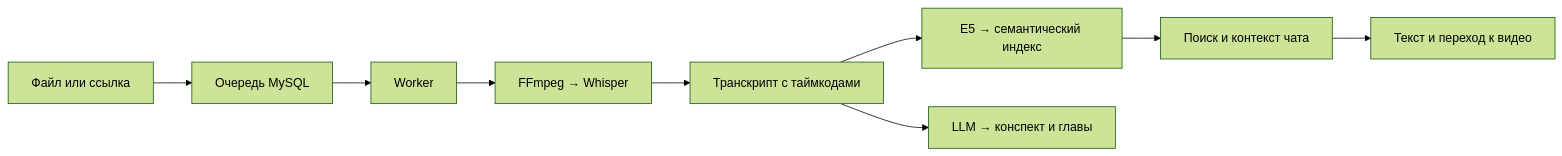
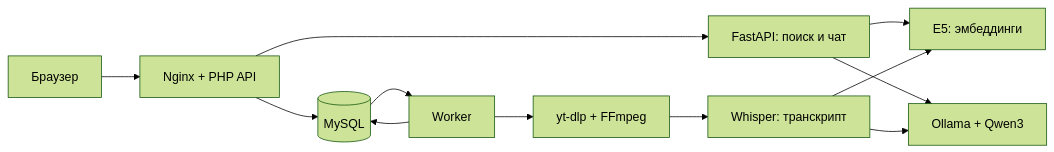
Before and after one commit to NightWolfXCore/deepLecture: the diagram in README.md, drawn with Mermaid (forest theme). The commit also changed other lines of this file and 38 other files, not shown here.

````diff
--- a/README.md
+++ b/README.md
@@ -53,11 +310,14 @@
 ```mermaid
 flowchart LR
-    A[Файл или ссылка] --> B[Очередь MySQL]
-    B --> C[Worker]
-    C --> D[FFmpeg → Whisper]
-    D --> E[Транскрипт с таймкодами]
-    E --> F[E5 → семантический индекс]
-    E --> G[LLM → конспект и главы]
-    F --> H[Поиск и контекст чата]
-    H --> I[Текст и переход к видео]
+    U[Браузер] --> N[Nginx + PHP API]
+    N --> DB[(MySQL)]
+    N --> S[FastAPI: поиск и чат]
+    S --> E[E5: эмбеддинги]
+    S --> L[Ollama + Qwen3]
+    DB --> W[Worker]
+    W --> V[yt-dlp + FFmpeg]
+    V --> A[Whisper: транскрипт]
+    A --> E
+    A --> L
+    W --> DB
 ```
````
